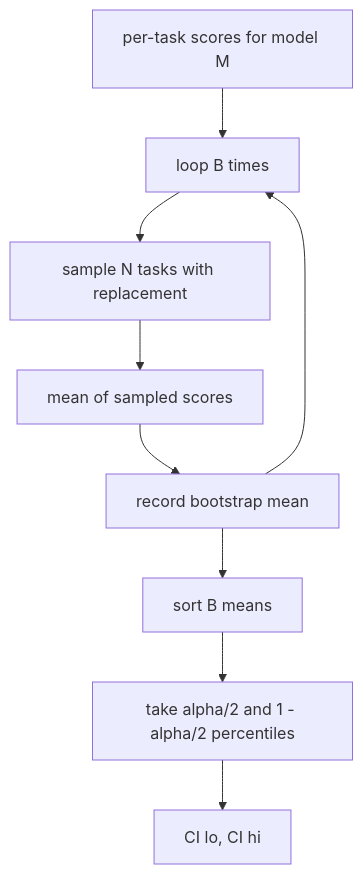
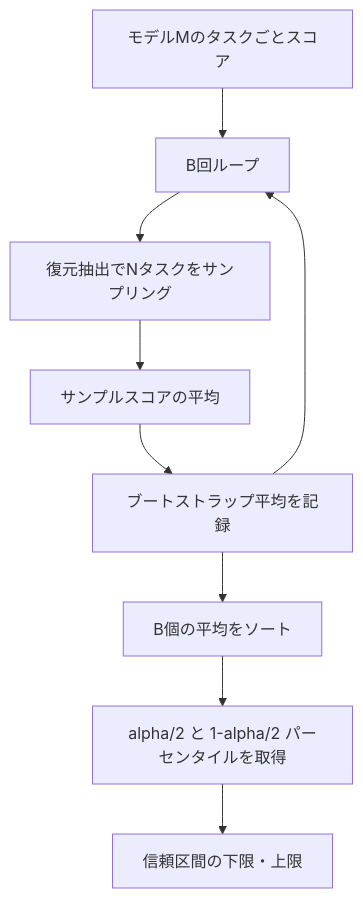
One commit to shoshoshomen/synapse-academy changed the second of 2 diagrams in content/phases/19-capstone-projects/74-leaderboard-aggregation/lesson.ja.md. Above: the diagram before and after it, drawn with Mermaid. The commit also changed other lines of this file and 124 other files, not shown here.

First line of the commit message:
feat(i18n): mermaid図のラベルを日本語化(194レッスン/374図)

````diff
--- a/content/phases/19-capstone-projects/74-leaderboard-aggregation/lesson.ja.md
+++ b/content/phases/19-capstone-projects/74-leaderboard-aggregation/lesson.ja.md
@@ -80,11 +80,11 @@
 ```mermaid
 flowchart TD
-    A[per-task scores for model M] --> B[loop B times]
-    B --> C[sample N tasks with replacement]
-    C --> D[mean of sampled scores]
-    D --> E[record bootstrap mean]
+    A["モデルMのタスクごとスコア"] --> B["B回ループ"]
+    B --> C["復元抽出でNタスクをサンプリング"]
+    C --> D["サンプルスコアの平均"]
+    D --> E["ブートストラップ平均を記録"]
     E --> B
-    E --> F[sort B means]
-    F --> G[take alpha/2 and 1 - alpha/2 percentiles]
-    G --> H[CI lo, CI hi]
+    E --> F["B個の平均をソート"]
+    F --> G["alpha/2 と 1-alpha/2 パーセンタイルを取得"]
+    G --> H["信頼区間の下限・上限"]
 ```
````
